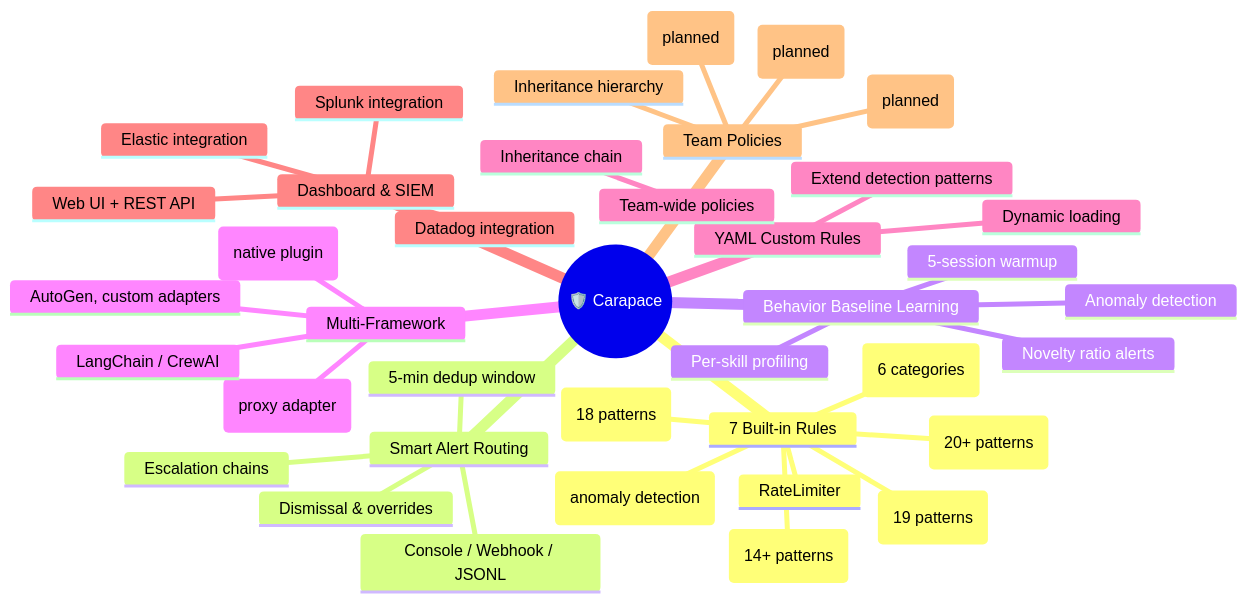
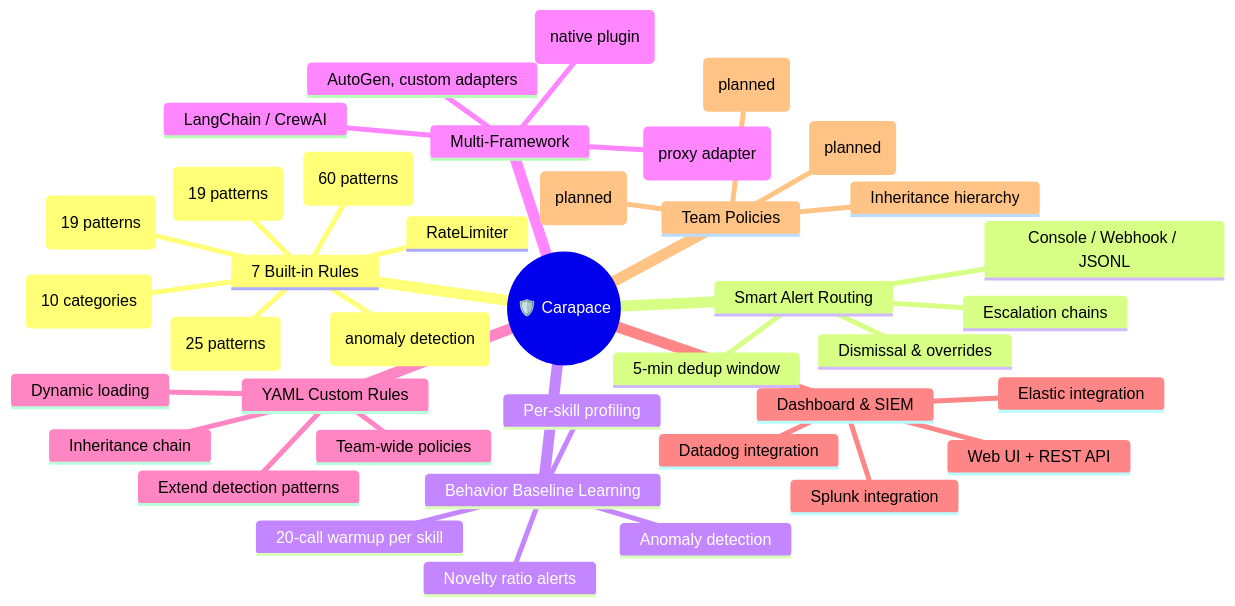
Before and after one commit to yeasy/carapace: the first of 4 diagrams in README.md, drawn with Mermaid. The commit also changed other lines of this file and 1 other file, not shown here.

````diff
--- a/README.md
+++ b/README.md
@@ -69,42 +69,42 @@
 ```mermaid
 mindmap
   root((🛡️ Carapace))
     7 Built-in Rules
-      ExecGuard (18 patterns)
-      PathGuard (20+ patterns)
-      NetworkGuard (6 categories)
+      ExecGuard (60 patterns)
+      PathGuard (19 patterns)
+      NetworkGuard (10 categories)
       RateLimiter
-      PromptInjection (19 patterns)
-      DataExfil (14+ patterns)
+      PromptInjection (25 patterns)
+      DataExfil (19 patterns)
       BaselineDrift (anomaly detection)
     Smart Alert Routing
       5-min dedup window
       Escalation chains
       Dismissal & overrides
       Console / Webhook / JSONL
     Behavior Baseline Learning
-      5-session warmup
+      20-call warmup per skill
       Per-skill profiling
       Anomaly detection
       Novelty ratio alerts
     Multi-Framework
       OpenClaw (native plugin)
       MCP (proxy adapter)
       LangChain / CrewAI
       AutoGen, custom adapters
     YAML Custom Rules
       Extend detection patterns
       Team-wide policies
       Inheritance chain
       Dynamic loading
     Dashboard & SIEM
       Web UI + REST API
       Splunk integration
       Elastic integration
       Datadog integration
     Team Policies
       Inheritance hierarchy
       Role-based access (planned)
       Policy versioning (planned)
       Audit logging (planned)
 ```
````
